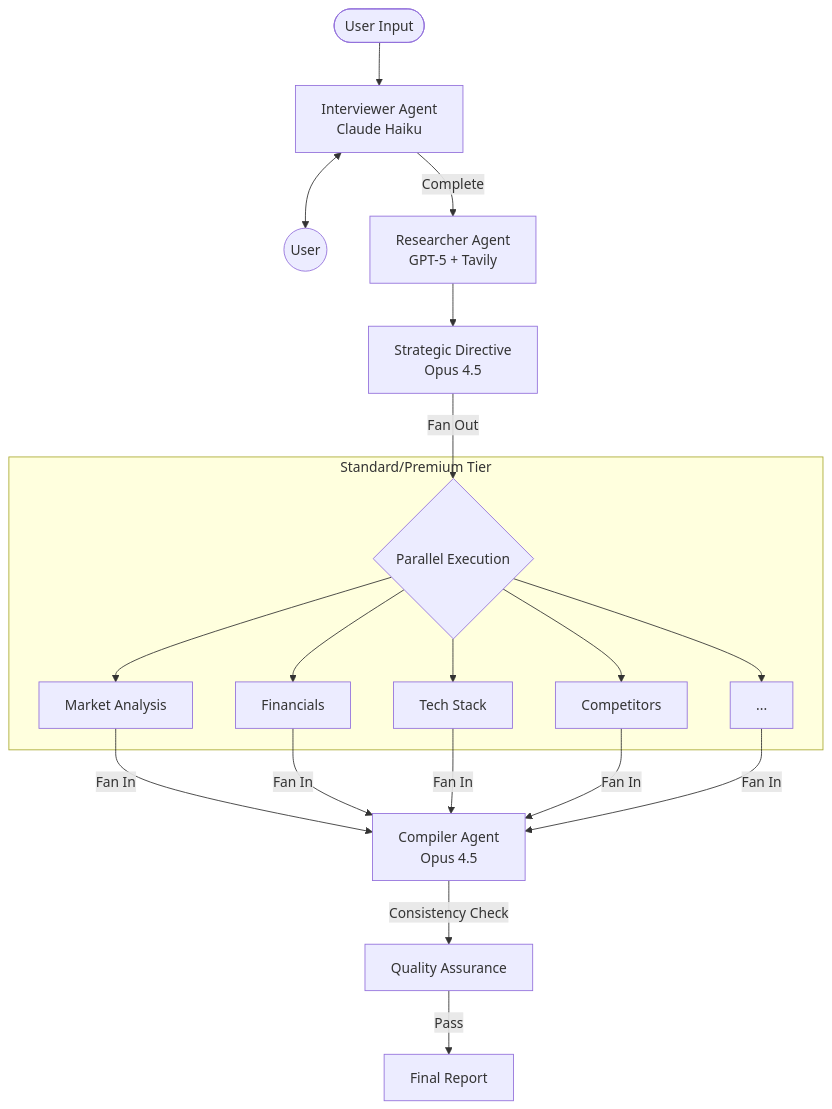
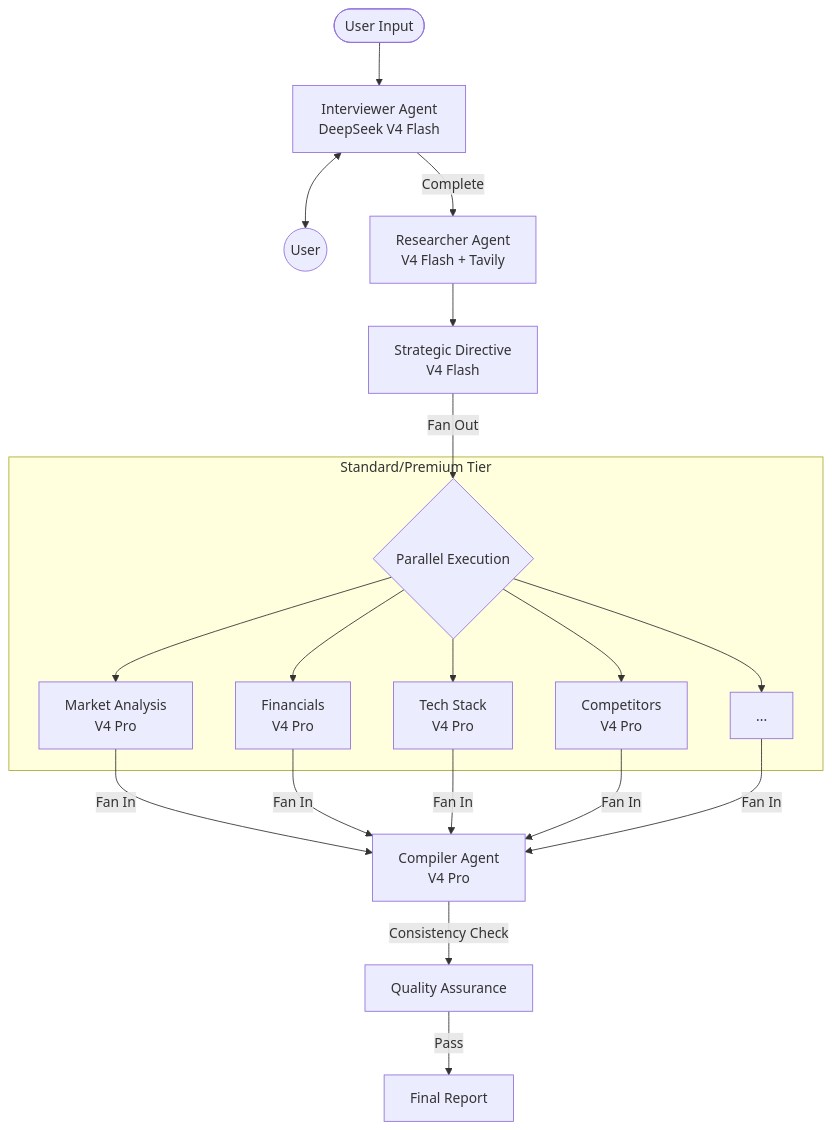
Before and after one commit to RayanBabar/validator-ai: the diagram in README.md, drawn with Mermaid. The commit also changed other lines of this file and 13 other files, not shown here.

Commit message:
feat: migrate LLM infrastructure to OpenRouter/DeepSeek and implement report polling on the frontend

````diff
--- a/README.md
+++ b/README.md
@@ -47,20 +49,20 @@
 ```mermaid
 graph TD
-    Start([User Input]) --> Interview[Interviewer Agent<br>Claude Haiku]
+    Start([User Input]) --> Interview[Interviewer Agent<br>DeepSeek V4 Flash]
     Interview <--> User((User))
-    Interview -->|Complete| Research[Researcher Agent<br>GPT-5 + Tavily]
-    Research --> Strategy[Strategic Directive<br>Opus 4.5]
+    Interview -->|Complete| Research[Researcher Agent<br>V4 Flash + Tavily]
+    Research --> Strategy[Strategic Directive<br>V4 Flash]
     Strategy -->|Fan Out| Parallel{Parallel Execution}
     
     subgraph "Standard/Premium Tier"
-        Parallel --> Mod1[Market Analysis]
-        Parallel --> Mod2[Financials]
-        Parallel --> Mod3[Tech Stack]
-        Parallel --> Mod4[Competitors]
+        Parallel --> Mod1[Market Analysis<br>V4 Pro]
+        Parallel --> Mod2[Financials<br>V4 Pro]
+        Parallel --> Mod3[Tech Stack<br>V4 Pro]
+        Parallel --> Mod4[Competitors<br>V4 Pro]
         Parallel --> Mod5[...]
     end
     
-    Mod1 & Mod2 & Mod3 & Mod4 & Mod5 -->|Fan In| Compiler[Compiler Agent<br>Opus 4.5]
+    Mod1 & Mod2 & Mod3 & Mod4 & Mod5 -->|Fan In| Compiler[Compiler Agent<br>V4 Pro]
     Compiler -->|Consistency Check| Review[Quality Assurance]
     Review -->|Pass| Report[Final Report]
 ```
````
